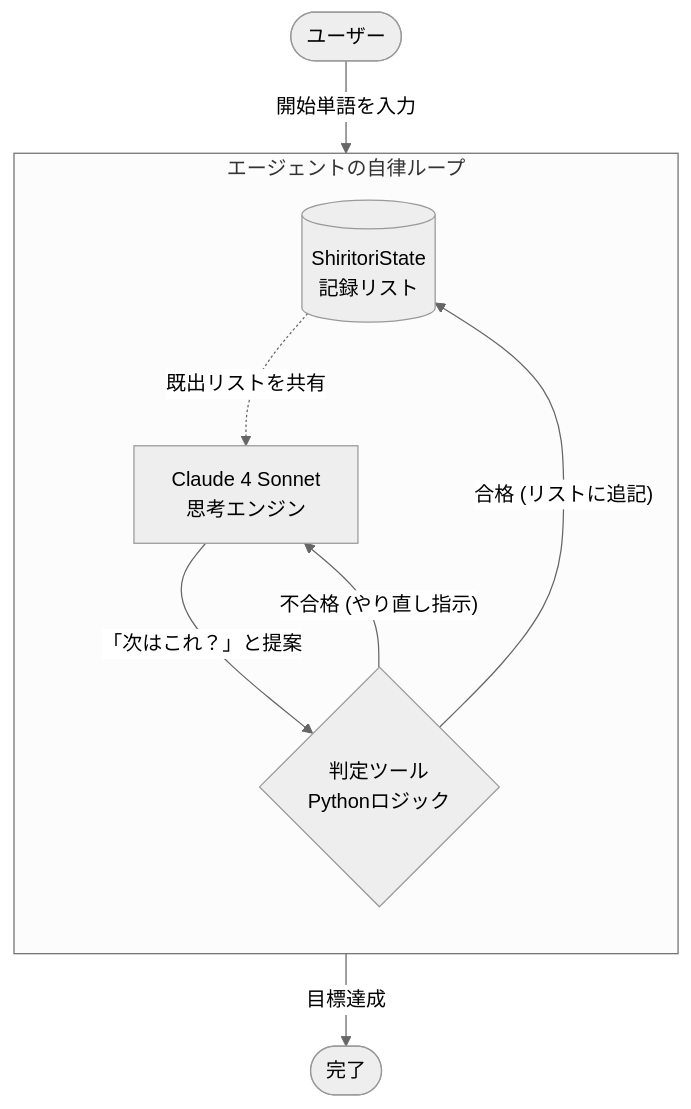
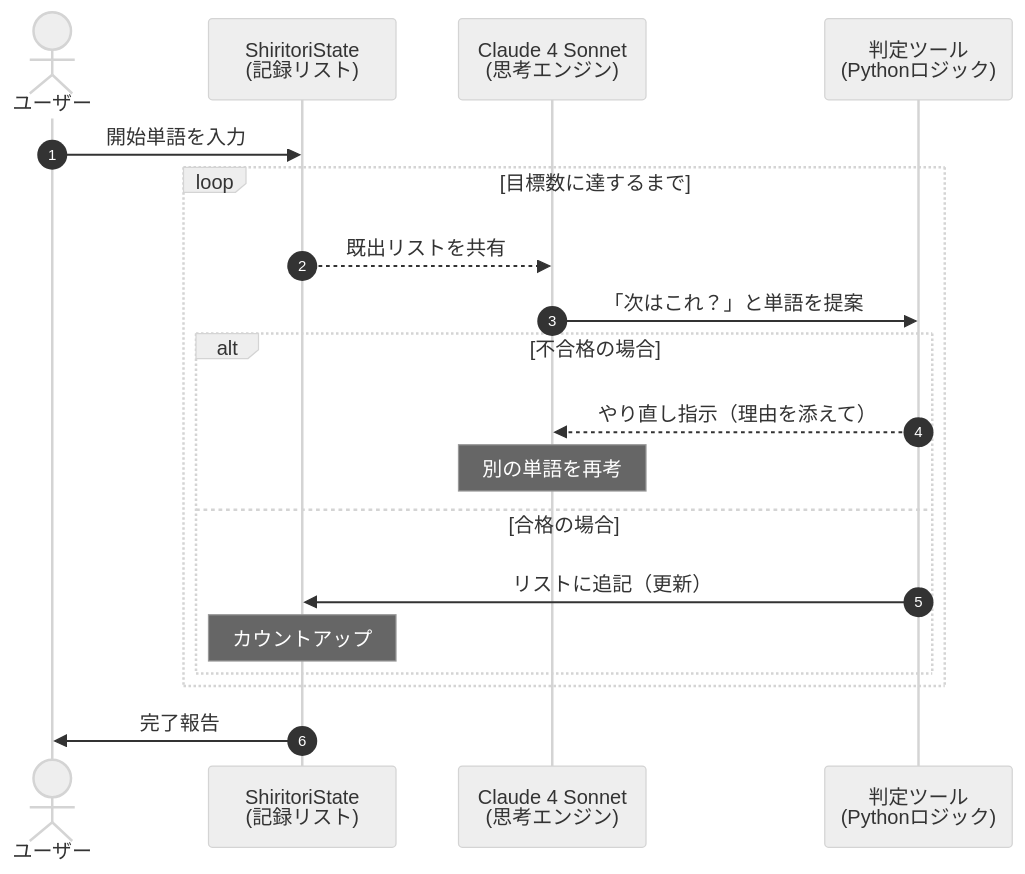
The diagram in 70.サンプルコード/70-10-031.外部審判ツール付きエージェントの尻取りゲーム＋.md (awk256/strandsagents), drawn with Mermaid (neutral theme) before and after one commit. The commit also changed other lines of this file and 27 other files, not shown here.

````diff
--- a/70.サンプルコード/70-10-031.外部審判ツール付きエージェントの尻取りゲーム＋.md
+++ b/70.サンプルコード/70-10-031.外部審判ツール付きエージェントの尻取りゲーム＋.md
@@ -8,23 +8,25 @@
 ```mermaid
-graph TD
-    %% ユーザー入力
-    User([ユーザー]) -->|開始単語を入力| State
+sequenceDiagram
+    autonumber
+    actor User as ユーザー
+    participant State as ShiritoriState<br/>(記録リスト)
+    participant AI as Claude 4 Sonnet<br/>(思考エンジン)
+    participant Judge as 判定ツール<br/>(Pythonロジック)
+
+    User->>State: 開始単語を入力
     
-    subgraph Agent_Loop [エージェントの自律ループ]
-        direction TB
-        State[(ShiritoriState<br/>記録リスト)]
-        AI[Claude 4 Sonnet<br/>思考エンジン]
-        Judge{判定ツール<br/>Pythonロジック}
+    loop 目標数に達するまで
+        State-->>AI: 既出リストを共有
+        AI->>Judge: 「次はこれ？」と単語を提案
         
-        %% 処理の流れ
-        State -.->|既出リストを共有| AI
-        AI -->|「次はこれ？」と提案| Judge
-        
-        %% 判定結果の分岐
-        Judge -- "不合格 (やり直し指示)" --> AI
-        Judge -- "合格 (リストに追記)" --> State
+        alt 不合格の場合
+            Judge-->>AI: やり直し指示（理由を添えて）
+            Note over AI: 別の単語を再考
+        else 合格の場合
+            Judge->>State: リストに追記（更新）
+            Note over State: カウントアップ
+        end
     end
-    
-    %% 終了条件
-    State -->|目標達成| End([完了])
+
+    State->>User: 完了報告
 ```
````
